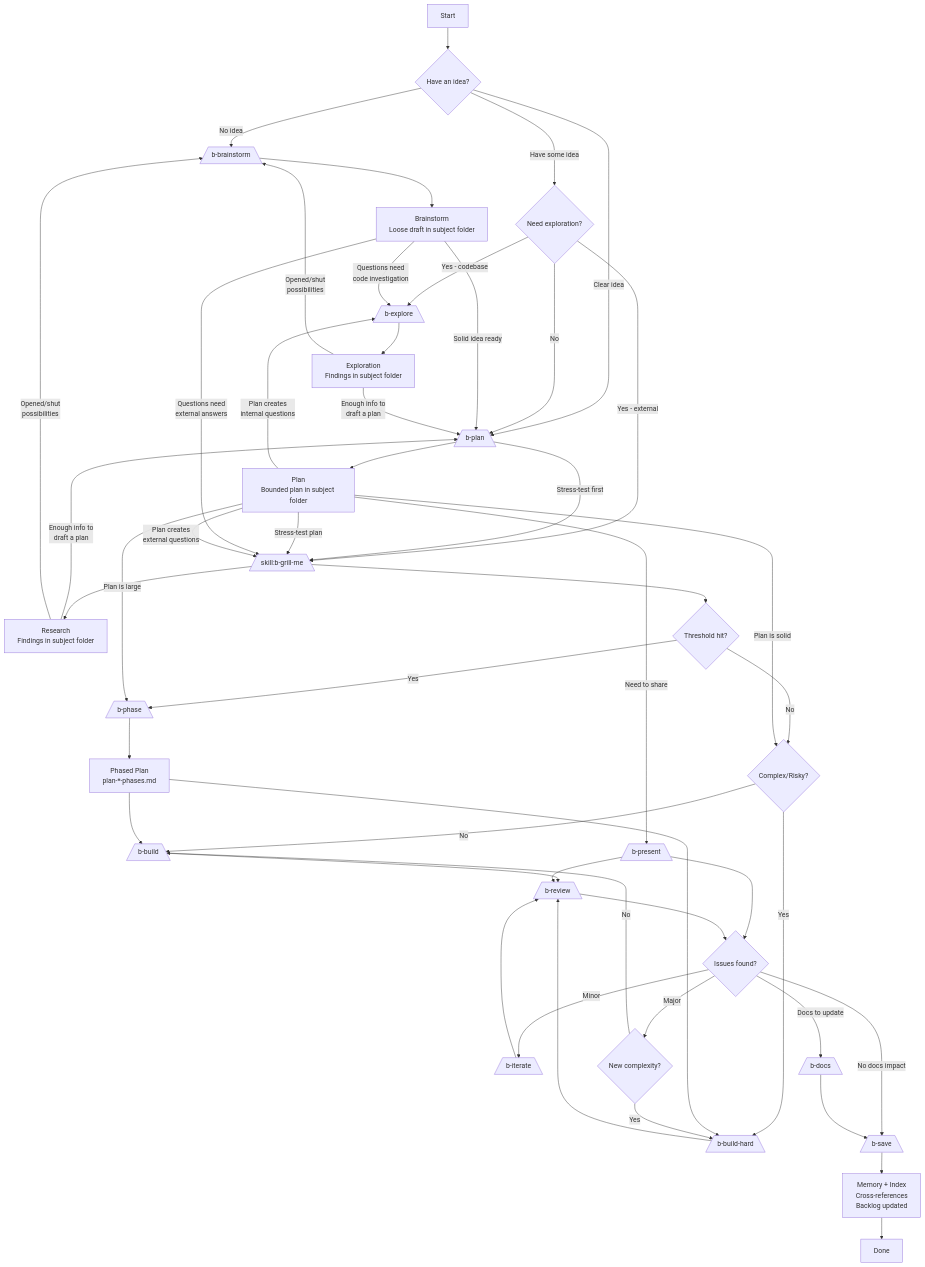
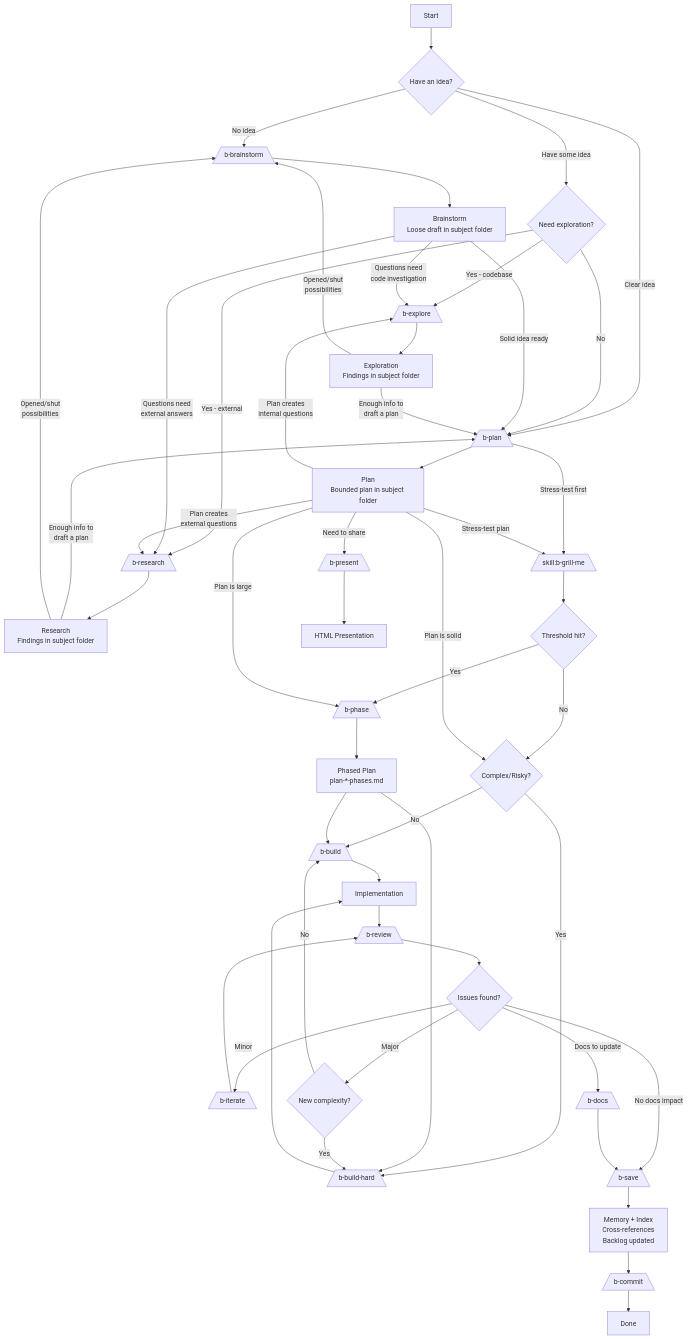
One commit to evilbuck/buck-workflow-pi changed the first of 3 diagrams in docs/buck-workflow.md. Above: the diagram before and after it, drawn with Mermaid. The commit also changed other lines of this file and 6 other files, not shown here.

````diff
--- a/docs/buck-workflow.md
+++ b/docs/buck-workflow.md
@@ -186,68 +210,69 @@
 ```mermaid
 flowchart TD
     A[Start] --> B{Have an idea?}
     B -->|No idea| C[/b-brainstorm\]
     B -->|Have some idea| D{Need exploration?}
     B -->|Clear idea| E[/b-plan\]
     
     C --> F[Brainstorm<br/>Loose draft in subject folder]
     
     D -->|Yes - codebase| G[/b-explore\]
     D -->|Yes - external| G2[/b-research\]
     D -->|No| E
     
     G --> H[Exploration<br/>Findings in subject folder]
     G2 --> H2[Research<br/>Findings in subject folder]
     
     E --> I[Plan<br/>Bounded plan in subject folder]
 
     %% Grill sessions can happen before or after planning
-    E -->|Stress-test first| G2[/skill:b-grill-me\]
-    I -->|Stress-test plan| G2
-    G2 --> G3{Threshold hit?}
+    E -->|Stress-test first| GR[/skill:b-grill-me\]
+    I -->|Stress-test plan| GR
+    GR --> G3{Threshold hit?}
     G3 -->|Yes| X
     G3 -->|No| J
 
     %% Iterative loops between brainstorm/research/plan
     F -->|Questions need<br/>code investigation| G
     F -->|Questions need<br/>external answers| G2
     F -->|Solid idea ready| E
     
     I -->|Plan creates<br/>internal questions| G
     I -->|Plan creates<br/>external questions| G2
     
     H -->|Enough info to<br/>draft a plan| E
     H -->|Opened/shut<br/>possibilities| C
     H2 -->|Enough info to<br/>draft a plan| E
     H2 -->|Opened/shut<br/>possibilities| C
     
     I -->|Plan is solid| J{Complex/Risky?}
     J -->|No| K[/b-build\]
     J -->|Yes| L[/b-build-hard\]
     I -->|Need to share| M[/b-present\]
     I -->|Plan is large| X[/b-phase\]
 
     X --> Y[Phased Plan<br/>plan-*-phases.md]
     Y --> K
     Y --> L
 
-    K --> N[Implementation]
-    L --> N
-    M --> O[HTML Presentation]
-    
-    M --> N[/b-review\]
-    N --> O{Issues found?}
-    
-    O -->|Minor| P[/b-iterate\]
-    O -->|Major| Q{New complexity?}
+    K --> IMP[Implementation]
+    L --> IMP
+    M --> PR[HTML Presentation]
+
+    IMP --> RV[/b-review\]
+    RV --> IS{Issues found?}
+
+    IS -->|Minor| P[/b-iterate\]
+    IS -->|Major| Q{New complexity?}
     Q -->|No| K
     Q -->|Yes| L
-    
-    P --> N
-    O -->|No docs impact| R[/b-save\]
-    O -->|Docs to update| DOC[/b-docs\]
+
+    P --> RV
+    IS -->|No docs impact| R[/b-save\]
+    IS -->|Docs to update| DOC[/b-docs\]
     DOC --> R
-    
+
     R --> S[Memory + Index<br/>Cross-references<br/>Backlog updated]
-    S --> T[Done]
+    S --> CM[/b-commit\]
+    CM --> T[Done]
 ```
````
